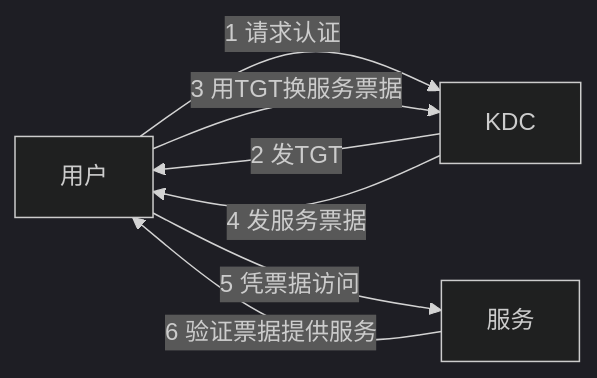
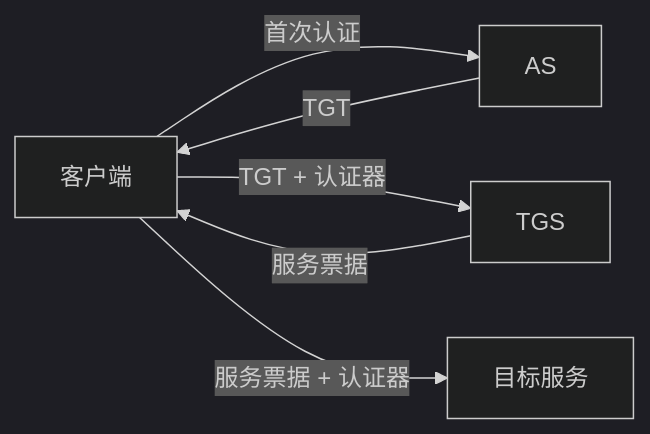
Before and after one commit to 74262195/system-architect-notes: the diagram in 01_综合知识/03_信息安全技术/02_身份认证与访问控制/Kerberos认证.md, drawn with Mermaid (dark theme). The commit also changed other lines of this file and 14 other files, not shown here.

````diff
--- a/01_综合知识/03_信息安全技术/02_身份认证与访问控制/Kerberos认证.md
+++ b/01_综合知识/03_信息安全技术/02_身份认证与访问控制/Kerberos认证.md
@@ -58,9 +38,8 @@
 ```mermaid
 flowchart LR
-    U[用户] -->|1 请求认证| K[KDC]
-    K -->|2 发TGT| U
-    U -->|3 用TGT换服务票据| K
-    K -->|4 发服务票据| U
-    U -->|5 凭票据访问| S[服务]
-    S -->|6 验证票据提供服务| U
+    U[客户端] -->|首次认证| AS[AS]
+    AS -->|TGT| U
+    U -->|TGT + 认证器| TGS[TGS]
+    TGS -->|服务票据| U
+    U -->|服务票据 + 认证器| S[目标服务]
 ```
````
